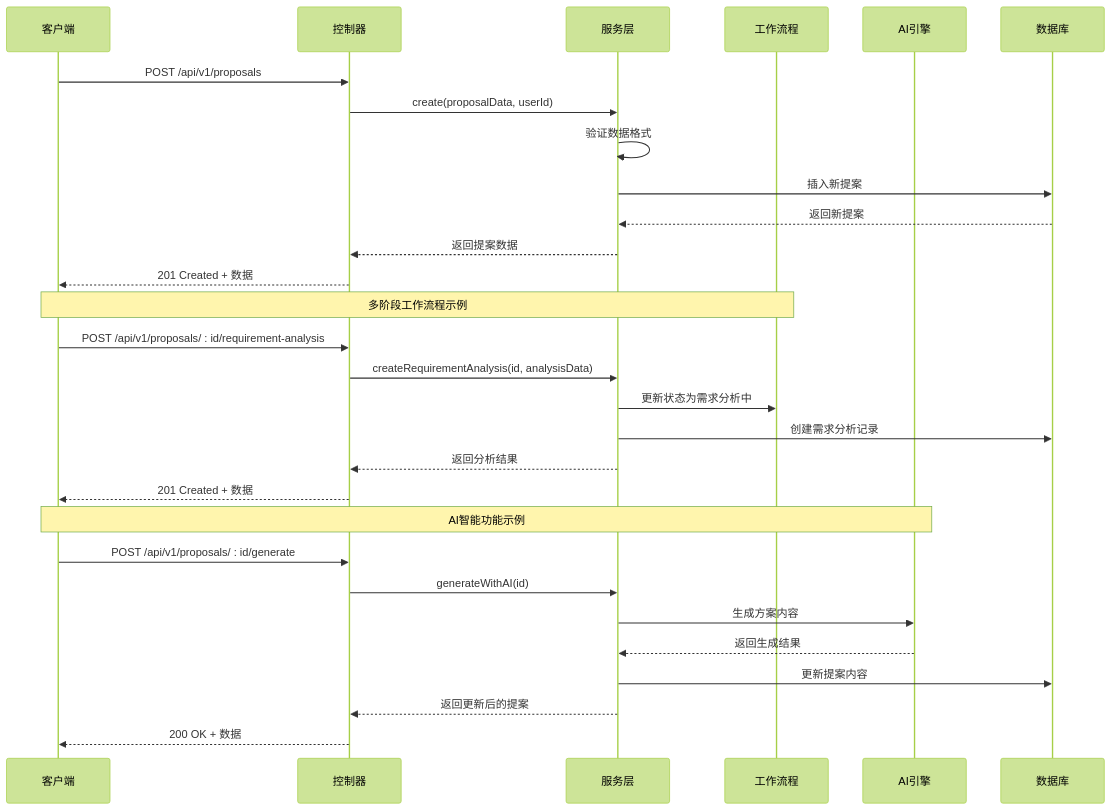
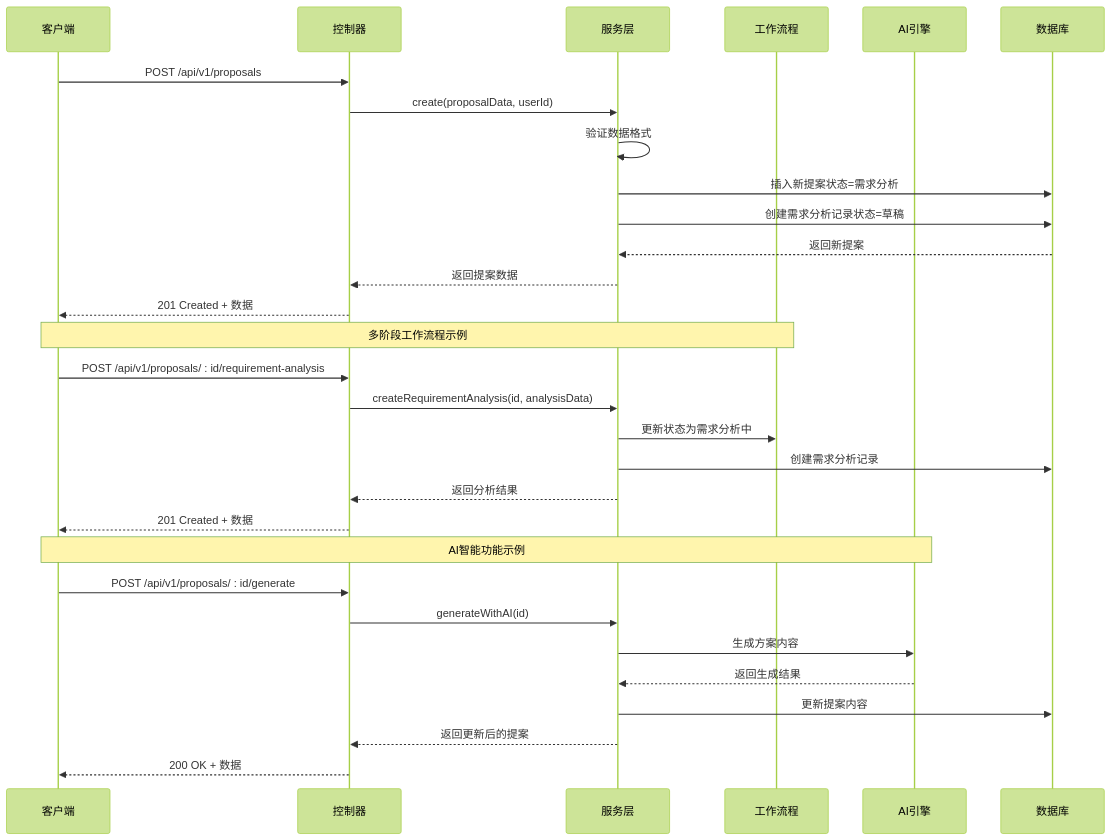
The fourth of 18 diagrams in .qoder/repowiki/zh/content/Proposal Controller.md (xianjianshenqu/SalesFlow-CRM), drawn with Mermaid (forest theme) before and after one commit. The commit also changed other lines of this file and 10 other files, not shown here.

````diff
--- a/.qoder/repowiki/zh/content/Proposal Controller.md
+++ b/.qoder/repowiki/zh/content/Proposal Controller.md
@@ -242,31 +271,32 @@
 ```mermaid
 sequenceDiagram
 participant Client as 客户端
 participant Controller as 控制器
 participant Service as 服务层
 participant Workflow as 工作流程
 participant AI as AI引擎
 participant Database as 数据库
 Client->>Controller : POST /api/v1/proposals
 Controller->>Service : create(proposalData, userId)
 Service->>Service : 验证数据格式
-Service->>Database : 插入新提案
+Service->>Database : 插入新提案状态=需求分析
+Service->>Database : 创建需求分析记录状态=草稿
 Database-->>Service : 返回新提案
 Service-->>Controller : 返回提案数据
 Controller-->>Client : 201 Created + 数据
 Note over Client,Workflow : 多阶段工作流程示例
 Client->>Controller : POST /api/v1/proposals/ : id/requirement-analysis
 Controller->>Service : createRequirementAnalysis(id, analysisData)
 Service->>Workflow : 更新状态为需求分析中
 Service->>Database : 创建需求分析记录
 Service-->>Controller : 返回分析结果
 Controller-->>Client : 201 Created + 数据
 Note over Client,AI : AI智能功能示例
 Client->>Controller : POST /api/v1/proposals/ : id/generate
 Controller->>Service : generateWithAI(id)
 Service->>AI : 生成方案内容
 AI-->>Service : 返回生成结果
 Service->>Database : 更新提案内容
 Service-->>Controller : 返回更新后的提案
 Controller-->>Client : 200 OK + 数据
 ```
````
